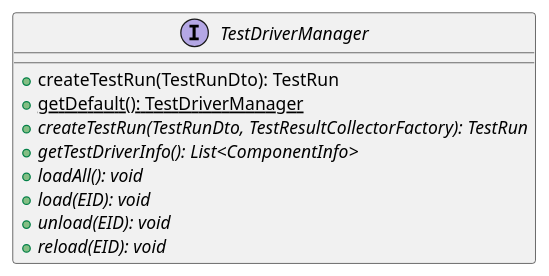
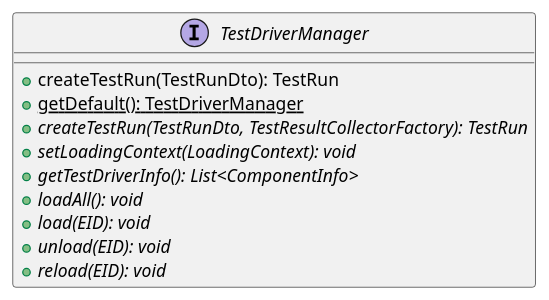
One commit to interactive-instruments/etf-core changed the diagram in docs/javadoc/de/interactive_instruments/etf/testdriver/TestDriverManager.puml. Above: the diagram before and after it, drawn with PlantUML. The commit also changed 411 other files, not shown here.

```diff
--- a/docs/javadoc/de/interactive_instruments/etf/testdriver/TestDriverManager.puml
+++ b/docs/javadoc/de/interactive_instruments/etf/testdriver/TestDriverManager.puml
@@ -1,14 +1,15 @@
 @startuml
 
     interface TestDriverManager [[TestDriverManager.html]] {
         +createTestRun(TestRunDto): TestRun
         {static} +getDefault(): TestDriverManager
         {abstract} +createTestRun(TestRunDto, TestResultCollectorFactory): TestRun
+        {abstract} +setLoadingContext(LoadingContext): void
         {abstract} +getTestDriverInfo(): List<ComponentInfo>
         {abstract} +loadAll(): void
         {abstract} +load(EID): void
         {abstract} +unload(EID): void
         {abstract} +reload(EID): void
     }
 
 @enduml
```
